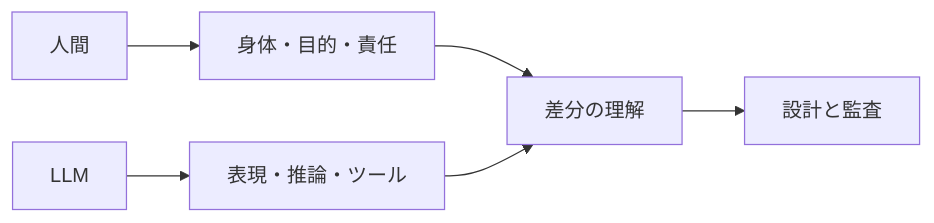
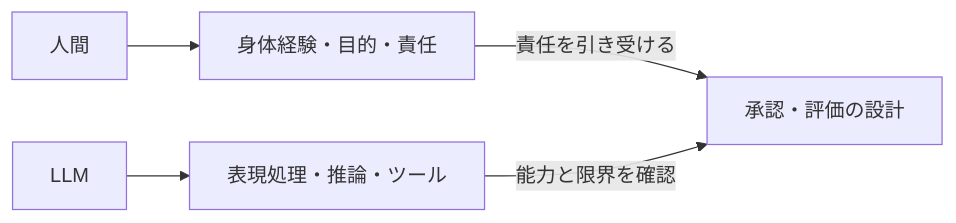
Before and after one commit to daylight55/research: the fourth of 13 diagrams in articles/report/ai-llm-ontology-memory/ja/index.mdx, drawn with Mermaid. The commit also changed other lines of this file and 181 other files, not shown here.

First line of the commit message:
全記事の図解368点を再生成し、共通注意書きを削除 (#402)

````diff
--- a/articles/report/ai-llm-ontology-memory/ja/index.mdx
+++ b/articles/report/ai-llm-ontology-memory/ja/index.mdx
@@ -148,8 +168,14 @@
 ```mermaid
 flowchart LR
-  H["人間"] --> HC["身体・目的・責任"]
-  L["LLM"] --> LC["表現・推論・ツール"]
-  HC --> G["差分の理解"]
-  LC --> G
-  G --> D["設計と監査"]
+  accTitle: 人間とLLMの能力・責任を比較する
+  accDescr: 人間の身体経験・目的・責任と、LLMの表現処理・推論・ツール利用を区別して運用を設計する。
+  N0["人間"]
+  N1["身体経験・目的・責任"]
+  N2["LLM"]
+  N3["表現処理・推論・ツール"]
+  N4["承認・評価の設計"]
+  N0 --> N1
+  N2 --> N3
+  N1 -->|責任を引き受ける| N4
+  N3 -->|能力と限界を確認| N4
 ```
````
